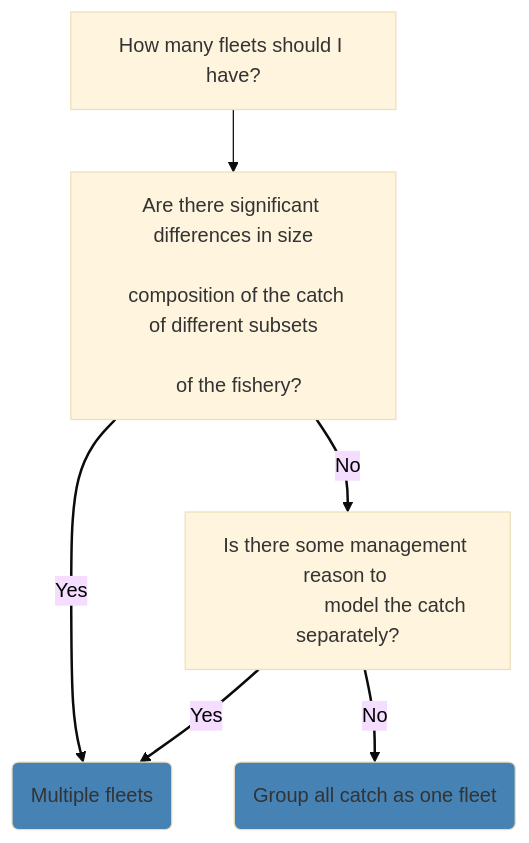
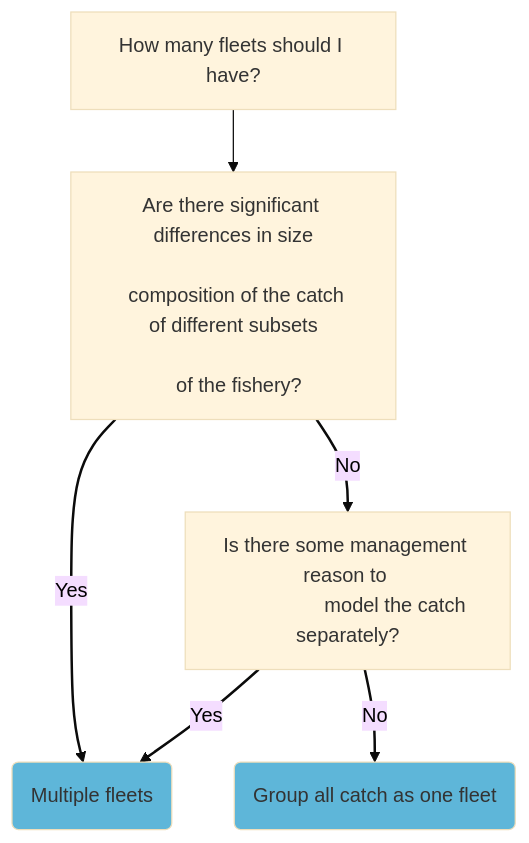
Before and after one commit to nmfs-ost/ss3-website: the fourth of 6 diagrams in website/qmds/ss3_setup_decisions.qmd, drawn with Mermaid (base theme). The commit also changed other lines of this file and 2 other files, not shown here.

````diff
--- a/website/qmds/ss3_setup_decisions.qmd
+++ b/website/qmds/ss3_setup_decisions.qmd
@@ -55,14 +55,14 @@
 ```{mermaid}
 flowchart TB
     A["How many fleets should I have?"] --> B["Are there significant differences in size
                                               composition of the catch of different subsets
                                               of the fishery?"]
     B --Yes --> C("Multiple fleets")
     B -- No --> D["Is there some management reason to 
                   model the catch separately?"]
     D -- Yes --> C
     D -- No --> E("Group all catch as one fleet")
     linkStyle 1,2,3,4 stroke-width:2px,color:black
-    style C fill:steelblue
-    style E fill:steelblue
+    style C fill:#5EB6D9
+    style E fill:#5EB6D9
 ```
````
